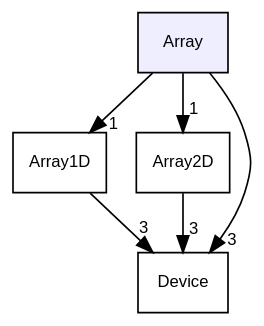
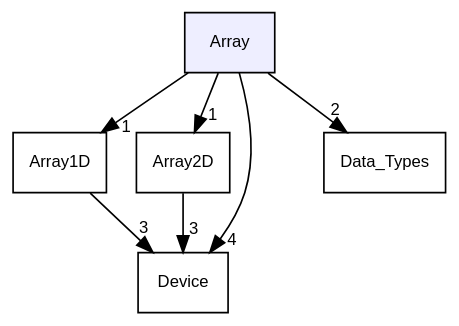
The diagram in docs/PySYCL_doxygen_html/dir_2dc110b2c2800a73721ee28665c41de0_dep.dot (OsmanAEG/PySYCL), drawn with Graphviz before and after one commit. The commit also changed 350 other files, not shown here.

```diff
--- a/docs/PySYCL_doxygen_html/dir_2dc110b2c2800a73721ee28665c41de0_dep.dot
+++ b/docs/PySYCL_doxygen_html/dir_2dc110b2c2800a73721ee28665c41de0_dep.dot
@@ -1,15 +1,17 @@
 digraph "Array" {
   bgcolor=transparent;
   compound=true
   node [ fontsize="10", fontname="Helvetica"];
   edge [ labelfontsize="10", labelfontname="Helvetica"];
   dir_2dc110b2c2800a73721ee28665c41de0 [shape=box, label="Array", style="filled", fillcolor="#eeeeff", pencolor="black", URL="dir_2dc110b2c2800a73721ee28665c41de0.html"];
   dir_12bf208e2031f091e0c200c7a7cb822f [shape=box label="Array1D" URL="dir_12bf208e2031f091e0c200c7a7cb822f.html"];
   dir_224ac7b824186f4773522b8bb0743517 [shape=box label="Array2D" URL="dir_224ac7b824186f4773522b8bb0743517.html"];
   dir_737e998198a830156af4433d00da986d [shape=box label="Device" URL="dir_737e998198a830156af4433d00da986d.html"];
-  dir_12bf208e2031f091e0c200c7a7cb822f->dir_737e998198a830156af4433d00da986d [headlabel="3", labeldistance=1.5 headhref="dir_000002_000004.html"];
+  dir_8a42088feef58cff509f54bc664f34ad [shape=box label="Data_Types" URL="dir_8a42088feef58cff509f54bc664f34ad.html"];
+  dir_12bf208e2031f091e0c200c7a7cb822f->dir_737e998198a830156af4433d00da986d [headlabel="3", labeldistance=1.5 headhref="dir_000002_000005.html"];
   dir_2dc110b2c2800a73721ee28665c41de0->dir_12bf208e2031f091e0c200c7a7cb822f [headlabel="1", labeldistance=1.5 headhref="dir_000001_000002.html"];
   dir_2dc110b2c2800a73721ee28665c41de0->dir_224ac7b824186f4773522b8bb0743517 [headlabel="1", labeldistance=1.5 headhref="dir_000001_000003.html"];
-  dir_2dc110b2c2800a73721ee28665c41de0->dir_737e998198a830156af4433d00da986d [headlabel="3", labeldistance=1.5 headhref="dir_000001_000004.html"];
-  dir_224ac7b824186f4773522b8bb0743517->dir_737e998198a830156af4433d00da986d [headlabel="3", labeldistance=1.5 headhref="dir_000003_000004.html"];
+  dir_2dc110b2c2800a73721ee28665c41de0->dir_737e998198a830156af4433d00da986d [headlabel="4", labeldistance=1.5 headhref="dir_000001_000005.html"];
+  dir_2dc110b2c2800a73721ee28665c41de0->dir_8a42088feef58cff509f54bc664f34ad [headlabel="2", labeldistance=1.5 headhref="dir_000001_000004.html"];
+  dir_224ac7b824186f4773522b8bb0743517->dir_737e998198a830156af4433d00da986d [headlabel="3", labeldistance=1.5 headhref="dir_000003_000005.html"];
 }
```
